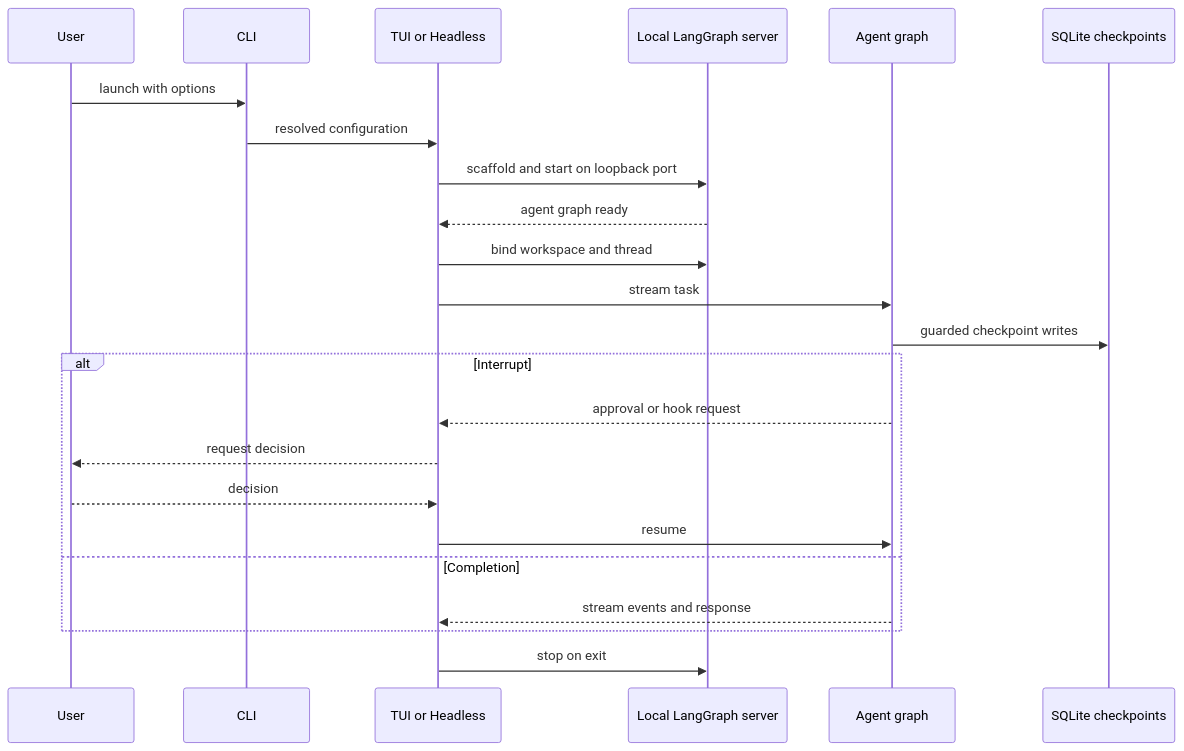
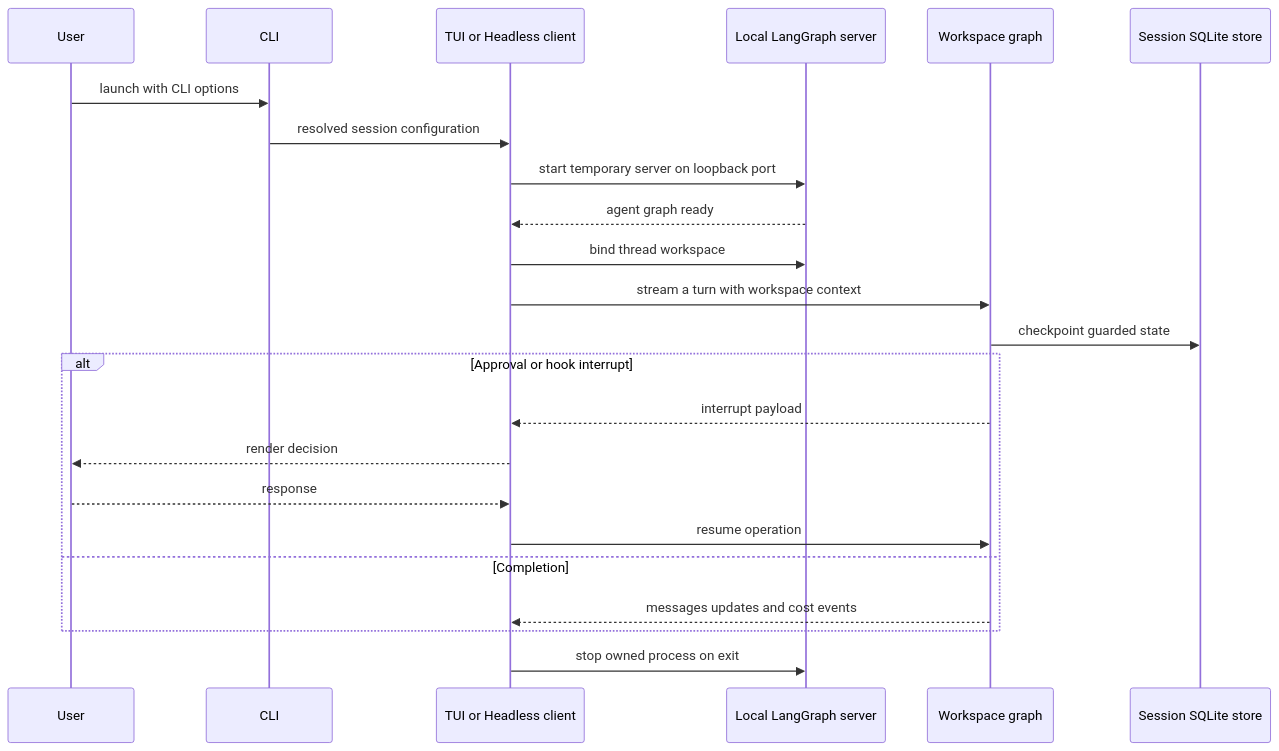
The first of 2 diagrams in openwiki/workflows/run-dcode-session.md (langchain-ai/deepagents), drawn with Mermaid before and after one commit. The commit also changed other lines of this file and 67 other files, not shown here.

````diff
--- a/openwiki/workflows/run-dcode-session.md
+++ b/openwiki/workflows/run-dcode-session.md
@@ -70,25 +78,25 @@
 ```mermaid
 sequenceDiagram
     participant User
     participant CLI
-    participant Client as TUI or Headless
+    participant Client as TUI or Headless client
     participant Server as Local LangGraph server
-    participant Graph as Agent graph
-    participant Store as SQLite checkpoints
-    User->>CLI: launch with options
-    CLI->>Client: resolved configuration
-    Client->>Server: scaffold and start on loopback port
+    participant Graph as Workspace graph
+    participant Store as Session SQLite store
+    User->>CLI: launch with CLI options
+    CLI->>Client: resolved session configuration
+    Client->>Server: start temporary server on loopback port
     Server-->>Client: agent graph ready
-    Client->>Server: bind workspace and thread
-    Client->>Graph: stream task
-    Graph->>Store: guarded checkpoint writes
-    alt Interrupt
-        Graph-->>Client: approval or hook request
-        Client-->>User: request decision
-        User-->>Client: decision
-        Client->>Graph: resume
+    Client->>Server: bind thread workspace
+    Client->>Graph: stream a turn with workspace context
+    Graph->>Store: checkpoint guarded state
+    alt Approval or hook interrupt
+        Graph-->>Client: interrupt payload
+        Client-->>User: render decision
+        User-->>Client: response
+        Client->>Graph: resume operation
     else Completion
-        Graph-->>Client: stream events and response
+        Graph-->>Client: messages updates and cost events
     end
-    Client->>Server: stop on exit
+    Client->>Server: stop owned process on exit
 ```
````
